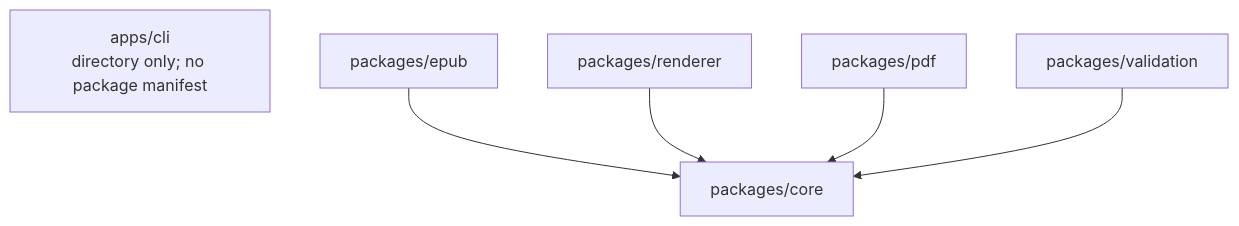
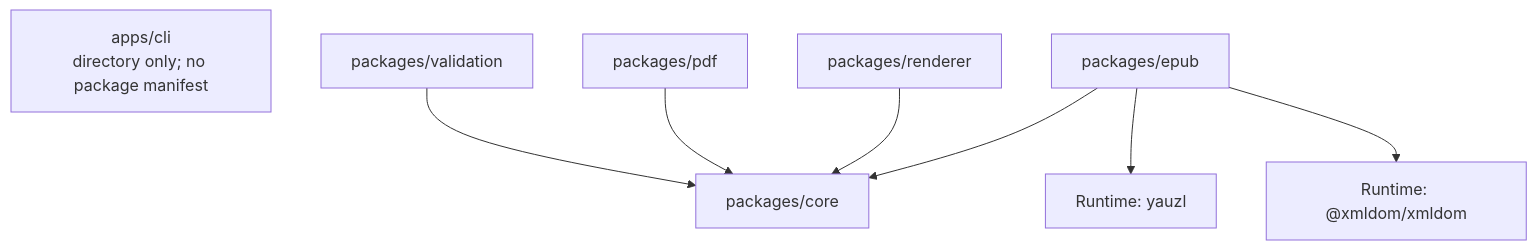
The second of 4 diagrams in docs/architecture.md (bosatsuKing/ReflowPress), drawn with Mermaid before and after one commit. The commit also changed other lines of this file and 4 other files, not shown here.

````diff
--- a/docs/architecture.md
+++ b/docs/architecture.md
@@ -44,14 +51,18 @@
 ```mermaid
 flowchart TD
     CLI[apps/cli<br/>directory only; no package manifest]
     CORE[packages/core]
     EPUB[packages/epub]
+    ZIP[Runtime: yauzl]
+    XML[Runtime: @xmldom/xmldom]
     RENDERER[packages/renderer]
     PDF[packages/pdf]
     VALIDATION[packages/validation]
 
     EPUB --> CORE
+    EPUB --> ZIP
+    EPUB --> XML
     RENDERER --> CORE
     PDF --> CORE
     VALIDATION --> CORE
 ```
````
